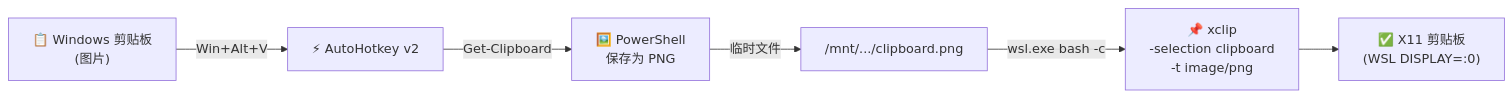
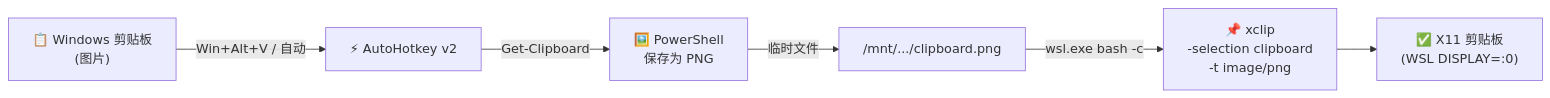
The diagram in README_CN.md (lordlzh/wsl-image-clipboard-bridge), drawn with Mermaid before and after one commit. The commit also changed other lines of this file and 2 other files, not shown here.

````diff
--- a/README_CN.md
+++ b/README_CN.md
@@ -13,8 +13,8 @@
 ```mermaid
 flowchart LR
-    A["📋 Windows 剪贴板\n(图片)"] -->|Win+Alt+V| B["⚡ AutoHotkey v2"]
+    A["📋 Windows 剪贴板\n(图片)"] -->|Win+Alt+V / 自动| B["⚡ AutoHotkey v2"]
     B -->|Get-Clipboard| C["🖼️ PowerShell\n保存为 PNG"]
     C -->|临时文件| D["/mnt/.../clipboard.png"]
     D -->|wsl.exe bash -c| E["📌 xclip\n-selection clipboard\n-t image/png"]
     E --> F["✅ X11 剪贴板\n(WSL DISPLAY=:0)"]
 ```
````
